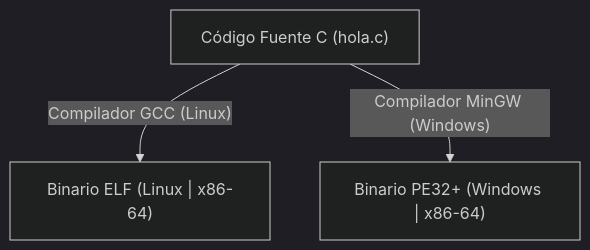
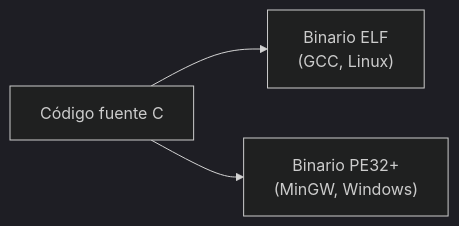
The second of 5 diagrams in malware-analysis/04-formato-pe-y-capacidades/README.md (purpesec/Cybersecurity-For-Beginners), drawn with Mermaid (dark theme) before and after one commit. The commit also changed other lines of this file and 18 other files, not shown here.

````diff
--- a/malware-analysis/04-formato-pe-y-capacidades/README.md
+++ b/malware-analysis/04-formato-pe-y-capacidades/README.md
@@ -25,6 +25,5 @@
 ```mermaid
-flowchart TD
-    SRC["Código Fuente C (hola.c)"]
-    SRC -- "Compilador GCC (Linux)" --> ELF["Binario ELF (Linux | x86-64)"]
-    SRC -- "Compilador MinGW (Windows)" --> PE["Binario PE32+ (Windows | x86-64)"]
+flowchart LR
+    SRC[Código fuente C] --> ELF["Binario ELF\n(GCC, Linux)"]
+    SRC --> PE["Binario PE32+\n(MinGW, Windows)"]
 ```
````
